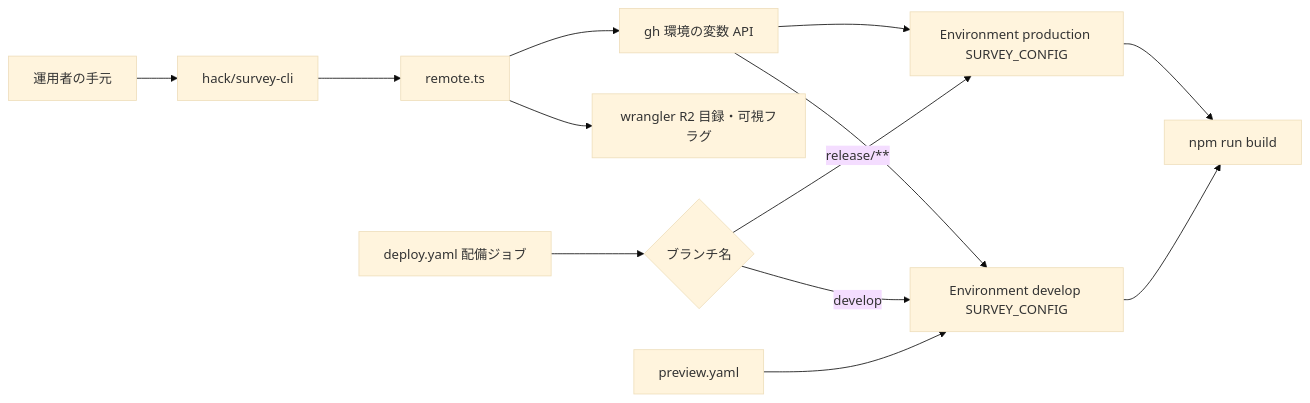
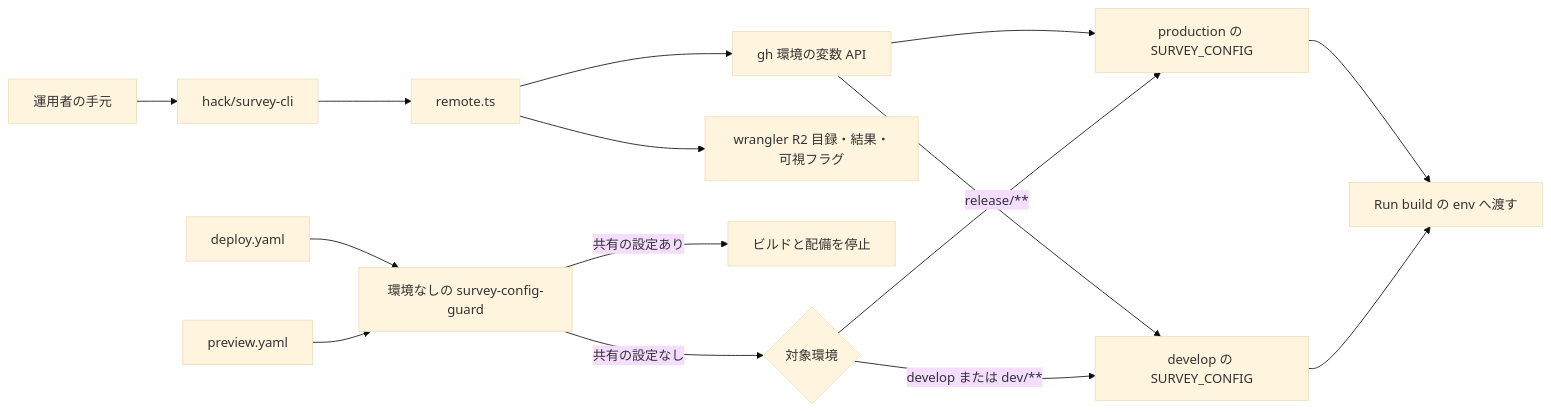
The first of 4 diagrams in .kiro/specs/survey-env-config/design.md (nekono-dev/skyshare), drawn with Mermaid (base theme) before and after one commit. The commit also changed other lines of this file and 2 other files, not shown here.

First line of the commit message:
survey-env-config: 利用者の決定と設計検証の指摘を反映

````diff
--- a/.kiro/specs/survey-env-config/design.md
+++ b/.kiro/specs/survey-env-config/design.md
@@ -72,15 +76,17 @@
 ```mermaid
 flowchart LR
-  Op[運用者の手元] --> CLI[hack/survey-cli]
-  CLI --> RemoteTs[remote.ts]
-  RemoteTs --> GhEnv[gh 環境の変数 API]
-  RemoteTs --> R2[wrangler R2 目録・可視フラグ]
-  GhEnv --> EnvProd[Environment production SURVEY_CONFIG]
-  GhEnv --> EnvDev[Environment develop SURVEY_CONFIG]
-  Deploy[deploy.yaml 配備ジョブ] --> EnvSel{ブランチ名}
-  Preview[preview.yaml] --> EnvDev
-  EnvSel -- release/** --> EnvProd
-  EnvSel -- develop --> EnvDev
-  EnvProd --> Build[npm run build]
+  Op["運用者の手元"] --> CLI["hack/survey-cli"]
+  CLI --> RemoteTs["remote.ts"]
+  RemoteTs --> GhEnv["gh 環境の変数 API"]
+  RemoteTs --> R2["wrangler R2 目録・結果・可視フラグ"]
+  GhEnv --> EnvProd["production の SURVEY_CONFIG"]
+  GhEnv --> EnvDev["develop の SURVEY_CONFIG"]
+  Deploy["deploy.yaml"] --> Guard["環境なしの survey-config-guard"]
+  Preview["preview.yaml"] --> Guard
+  Guard -- "共有の設定あり" --> Stop["ビルドと配備を停止"]
+  Guard -- "共有の設定なし" --> EnvSel{"対象環境"}
+  EnvSel -- "release/**" --> EnvProd
+  EnvSel -- "develop または dev/**" --> EnvDev
+  EnvProd --> Build["Run build の env へ渡す"]
   EnvDev --> Build
 ```
````
